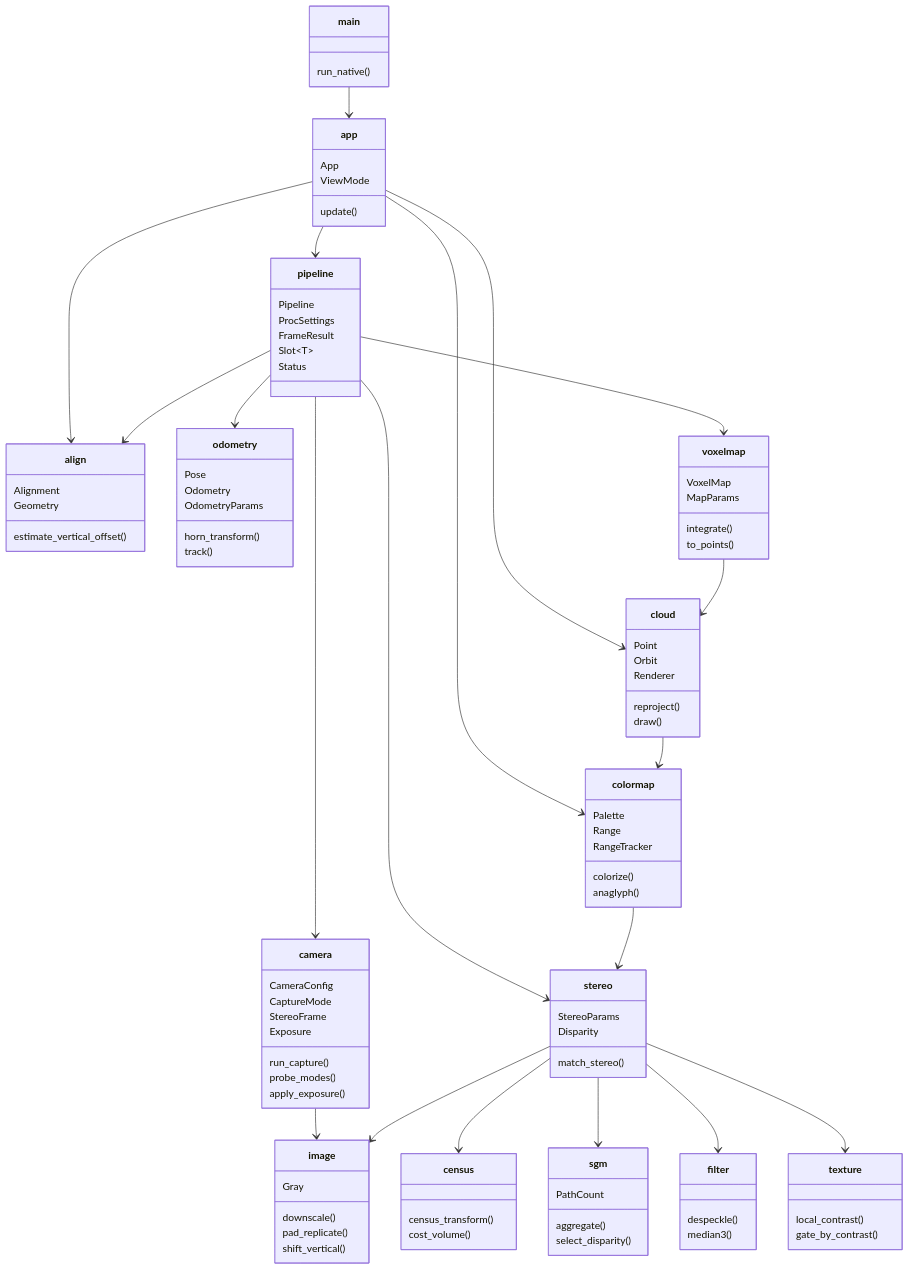
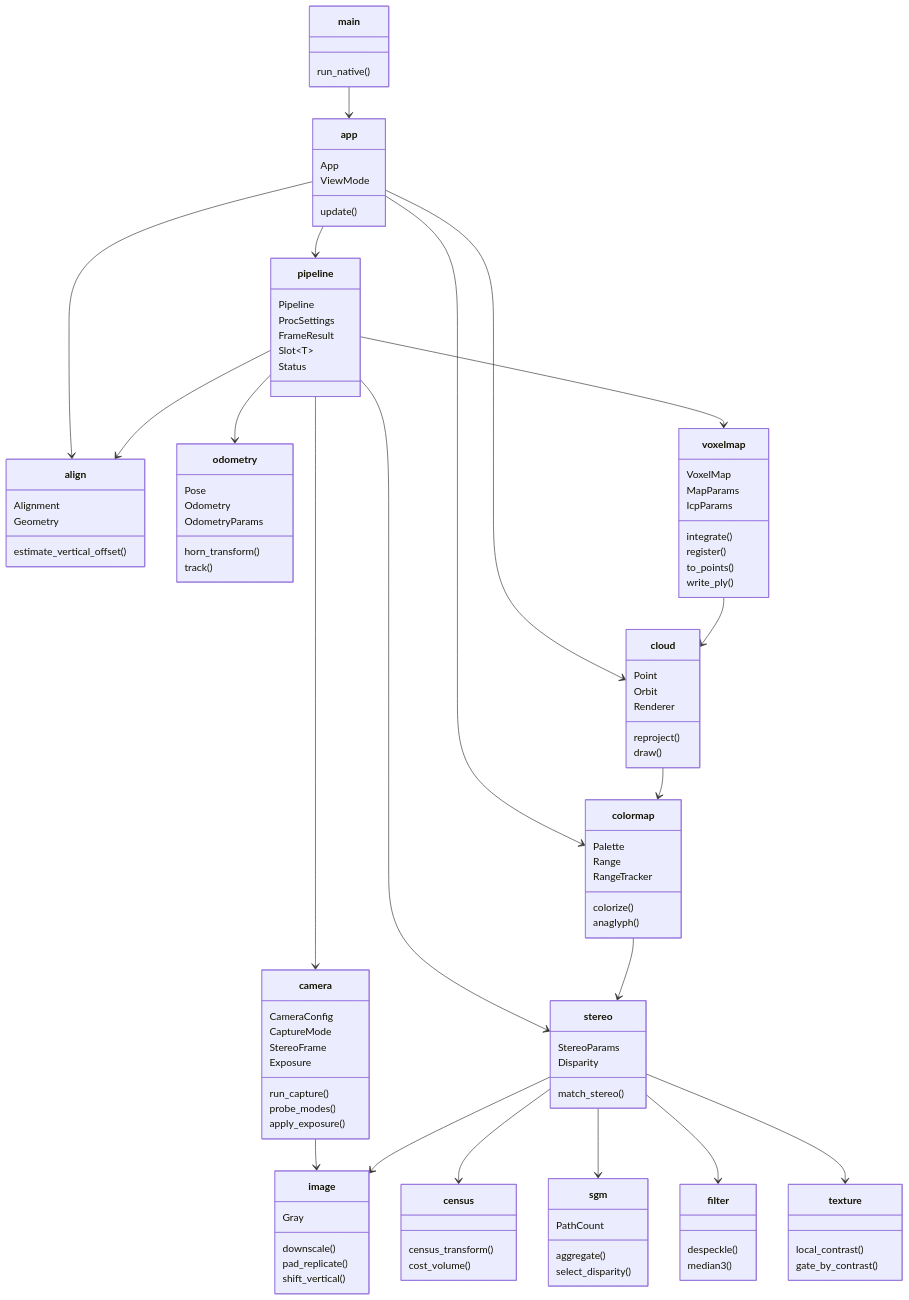
Before and after one commit to tmpk13/binocular-camera: the second of 3 diagrams in ARCHITECTURE.md, drawn with Mermaid. The commit also changed other lines of this file and 8 other files, not shown here.

```diff
--- a/ARCHITECTURE.md
+++ b/ARCHITECTURE.md
@@ -109,8 +111,11 @@
     class voxelmap {
         VoxelMap
         MapParams
+        IcpParams
         integrate()
+        register()
         to_points()
+        write_ply()
     }
     class cloud {
         Point
```
